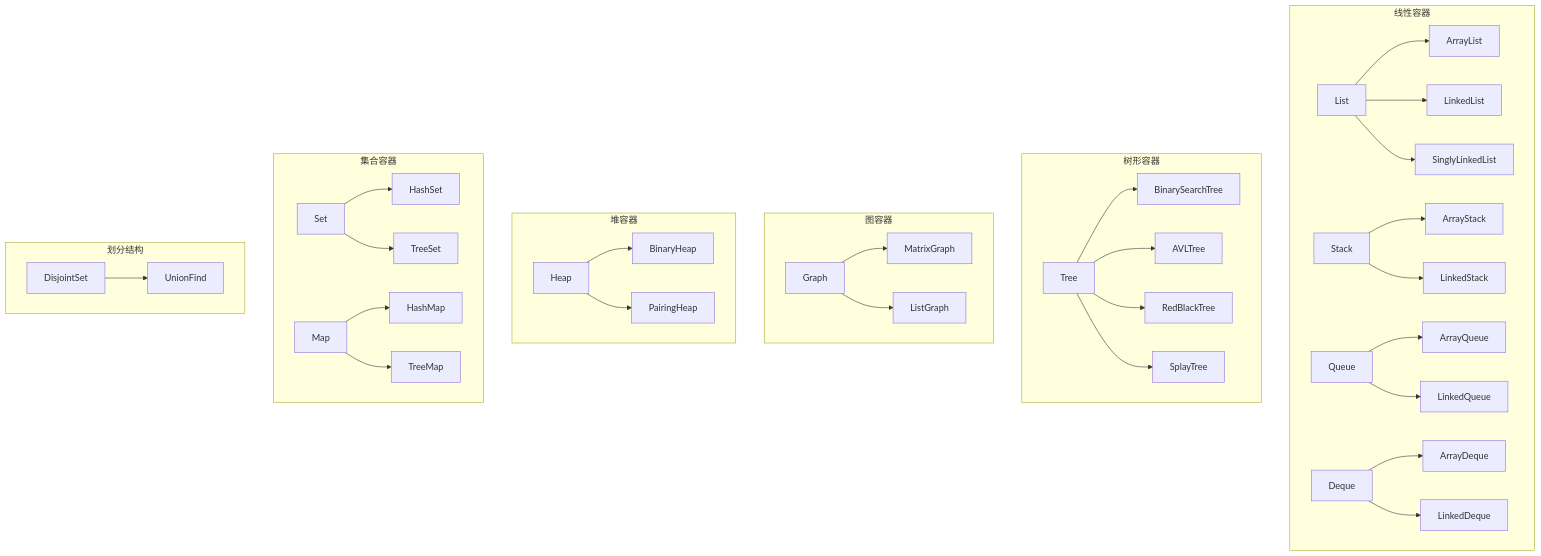
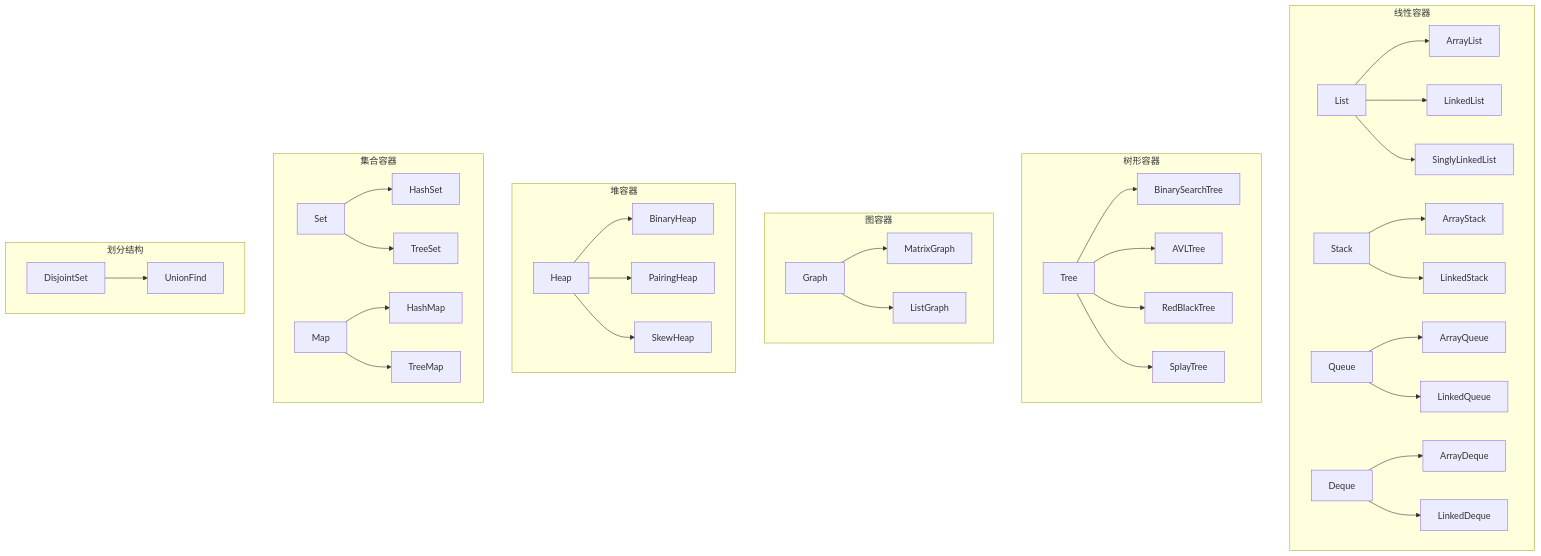
Before and after one commit to chen-qingyu/hellods: the diagram in readme.md, drawn with Mermaid. The commit also changed other lines of this file and 2 other files, not shown here.

Commit message:
feat: 新增SkewHeap

````diff
--- a/readme.md
+++ b/readme.md
@@ -27,25 +27,25 @@
 ```mermaid
 graph TD
     subgraph 线性["线性容器"]
         List --> ArrayList & LinkedList & SinglyLinkedList
         Stack --> ArrayStack & LinkedStack
         Queue --> ArrayQueue & LinkedQueue
         Deque --> ArrayDeque & LinkedDeque
     end
     subgraph 树形["树形容器"]
         Tree --> BinarySearchTree & AVLTree & RedBlackTree & SplayTree
     end
     subgraph 图形["图容器"]
         Graph --> MatrixGraph & ListGraph
     end
     subgraph 堆["堆容器"]
-        Heap --> BinaryHeap & PairingHeap
+        Heap --> BinaryHeap & PairingHeap & SkewHeap
     end
     subgraph 集合["集合容器"]
         Set --> HashSet & TreeSet
         Map --> HashMap & TreeMap
     end
     subgraph 划分["划分结构"]
         DisjointSet --> UnionFind
     end
 ```
````
